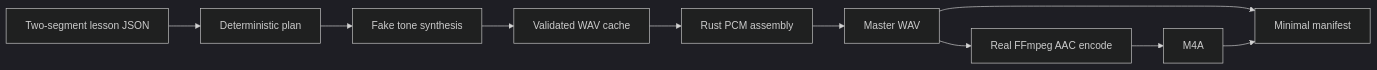
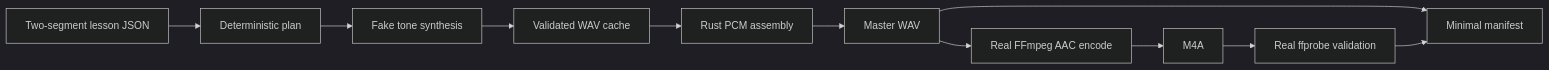
Before and after one commit to rsstdd/technical-tts: the diagram in docs/architecture/WALKING-SKELETON.md, drawn with Mermaid (dark theme). The commit also changed other lines of this file and 2 other files, not shown here.

````diff
--- a/docs/architecture/WALKING-SKELETON.md
+++ b/docs/architecture/WALKING-SKELETON.md
@@ -21,12 +23,13 @@
 ```mermaid
 flowchart LR
     Lesson["Two-segment lesson JSON"] --> Plan["Deterministic plan"]
     Plan --> Fake["Fake tone synthesis"]
     Fake --> Cache["Validated WAV cache"]
     Cache --> PCM["Rust PCM assembly"]
     PCM --> WAV["Master WAV"]
     WAV --> FFmpeg["Real FFmpeg AAC encode"]
     FFmpeg --> M4A["M4A"]
+    M4A --> Probe["Real ffprobe validation"]
     WAV --> Manifest["Minimal manifest"]
-    M4A --> Manifest
+    Probe --> Manifest
 ```
````
